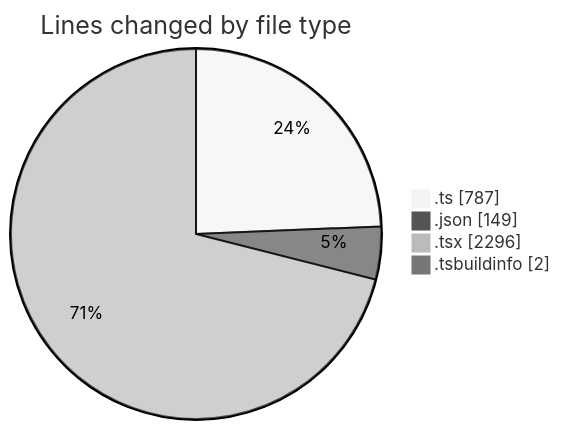
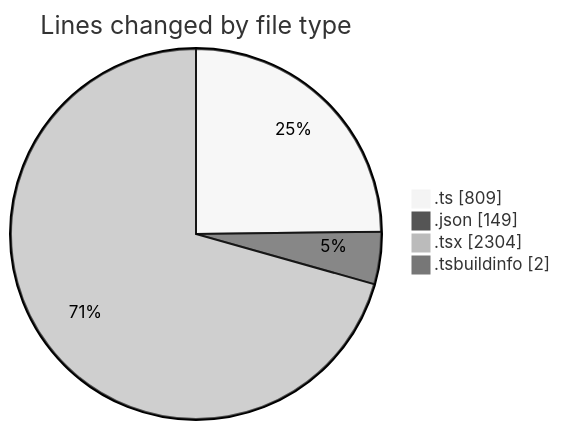
Before and after one commit to robertbonfada/code-tracking: the first of 2 diagrams in 2025-02-20/mbc-web/README.md, drawn with Mermaid (neutral theme). The commit also changed other lines of this file and 1 other file, not shown here.

````diff
--- a/2025-02-20/mbc-web/README.md
+++ b/2025-02-20/mbc-web/README.md
@@ -40,8 +41,8 @@
 ```mermaid
 pie showData
 title Lines changed by file type
-".ts" : 787
+".ts" : 809
 ".json" : 149
-".tsx" : 2296
+".tsx" : 2304
 ".tsbuildinfo" : 2
 ```
````
